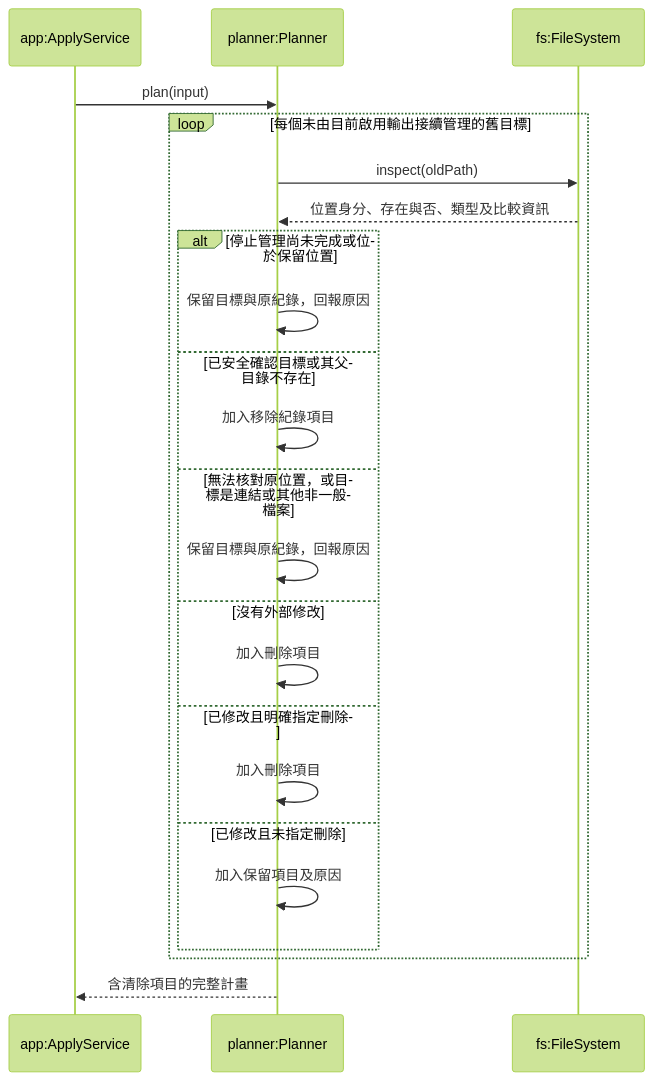
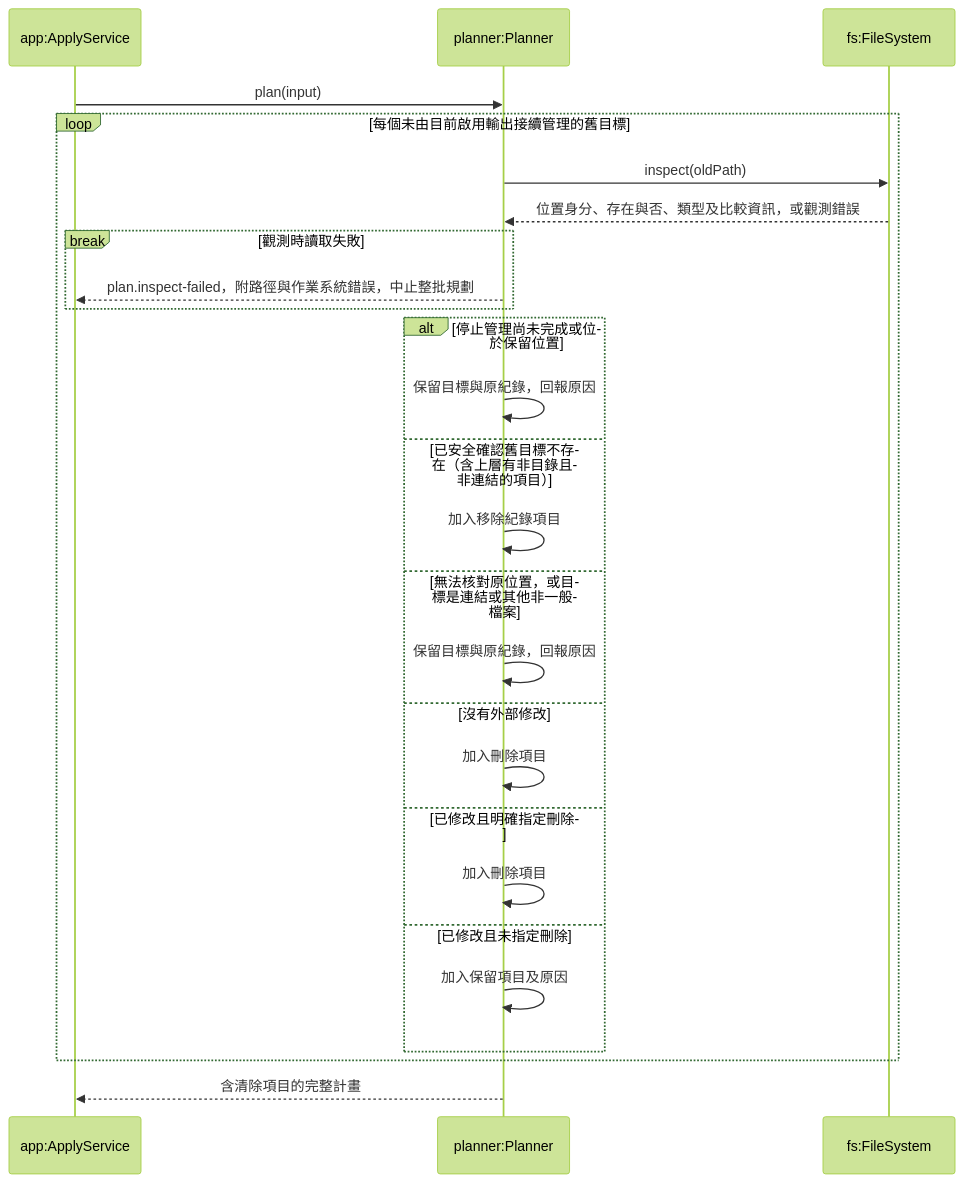
Before and after one commit to accidental-two-timer-sam-woof/rosamta-waterfall: the eighth of 10 diagrams in docs/03-preliminary-design/uml.md, drawn with Mermaid (forest theme). The commit also changed other lines of this file, not shown here.

Commit message:
docs(design): distinguish cleanup errors from missing targets
Use the detailed design rules for observation errors and non-directory ancestors so the cleanup diagram shows the correct batch and record outcomes.

````diff
--- a/docs/03-preliminary-design/uml.md
+++ b/docs/03-preliminary-design/uml.md
@@ -555,25 +555,28 @@
 ```mermaid
 sequenceDiagram
     participant A as app:ApplyService
     participant P as planner:Planner
     participant F as fs:FileSystem
     A->>P: plan(input)
     loop 每個未由目前啟用輸出接續管理的舊目標
         P->>F: inspect(oldPath)
-        F-->>P: 位置身分、存在與否、類型及比較資訊
+        F-->>P: 位置身分、存在與否、類型及比較資訊，或觀測錯誤
+        break 觀測時讀取失敗
+            P-->>A: plan.inspect-failed，附路徑與作業系統錯誤，中止整批規劃
+        end
         alt 停止管理尚未完成或位於保留位置
             P->>P: 保留目標與原紀錄，回報原因
-        else 已安全確認目標或其父目錄不存在
+        else 已安全確認舊目標不存在（含上層有非目錄且非連結的項目）
             P->>P: 加入移除紀錄項目
         else 無法核對原位置，或目標是連結或其他非一般檔案
             P->>P: 保留目標與原紀錄，回報原因
         else 沒有外部修改
             P->>P: 加入刪除項目
         else 已修改且明確指定刪除
             P->>P: 加入刪除項目
         else 已修改且未指定刪除
             P->>P: 加入保留項目及原因
         end
     end
     P-->>A: 含清除項目的完整計畫
 ```
````
